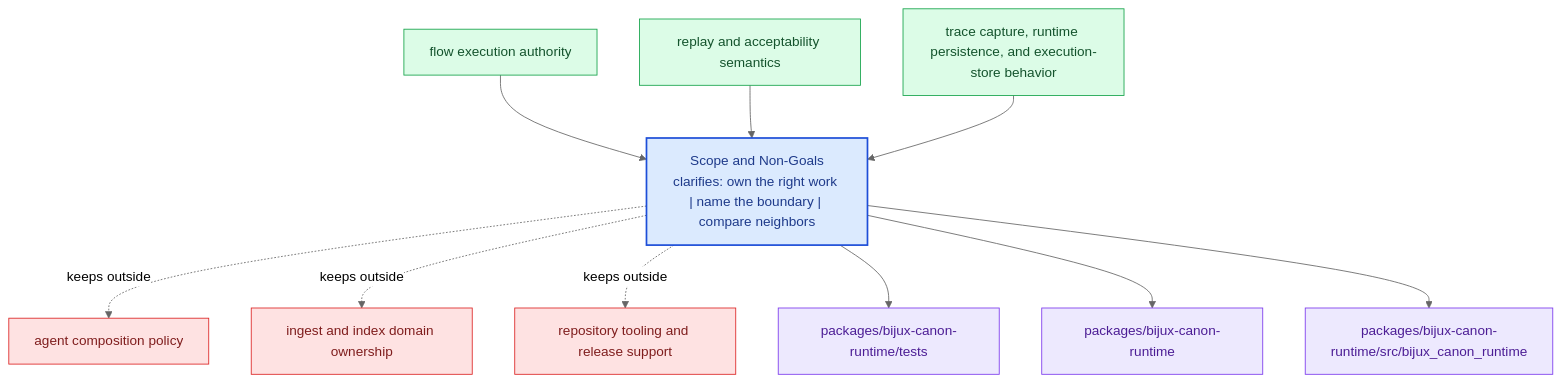
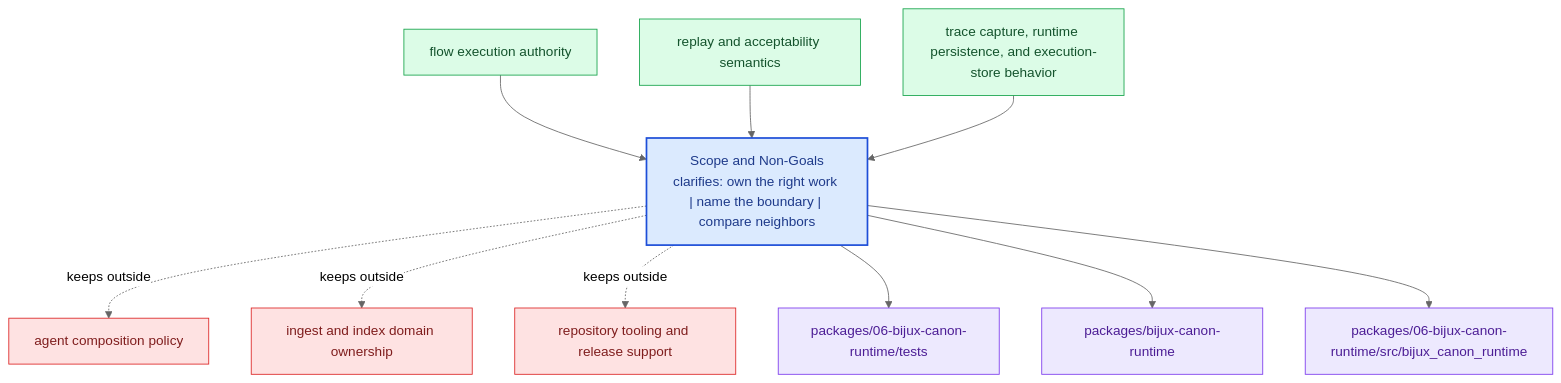
The diagram in docs/06-bijux-canon-runtime/foundation/scope-and-non-goals.md (bijux/bijux-canon), drawn with Mermaid (neutral theme) before and after one commit. The commit also changed other lines of this file and 167 other files, not shown here.

````diff
--- a/docs/06-bijux-canon-runtime/foundation/scope-and-non-goals.md
+++ b/docs/06-bijux-canon-runtime/foundation/scope-and-non-goals.md
@@ -24,31 +24,31 @@
 ```mermaid
 flowchart TB
     page["Scope and Non-Goals<br/>clarifies: own the right work | name the boundary | compare neighbors"]
     classDef page fill:#dbeafe,stroke:#1d4ed8,color:#1e3a8a,stroke-width:2px;
     classDef positive fill:#dcfce7,stroke:#16a34a,color:#14532d;
     classDef caution fill:#fee2e2,stroke:#dc2626,color:#7f1d1d;
     classDef anchor fill:#ede9fe,stroke:#7c3aed,color:#4c1d95;
     classDef action fill:#fef3c7,stroke:#d97706,color:#7c2d12;
     own1["flow execution authority"]
     own1 --> page
     own2["replay and acceptability semantics"]
     own2 --> page
     own3["trace capture, runtime persistence, and execution-store behavior"]
     own3 --> page
     limit1["agent composition policy"]
     page -.keeps outside.-> limit1
     limit2["ingest and index domain ownership"]
     page -.keeps outside.-> limit2
     limit3["repository tooling and release support"]
     page -.keeps outside.-> limit3
-    anchor1["packages/bijux-canon-runtime/tests"]
+    anchor1["packages/06-bijux-canon-runtime/tests"]
     page --> anchor1
     anchor2["packages/bijux-canon-runtime"]
     page --> anchor2
-    anchor3["packages/bijux-canon-runtime/src/bijux_canon_runtime"]
+    anchor3["packages/06-bijux-canon-runtime/src/bijux_canon_runtime"]
     page --> anchor3
     class page page;
     class own1,own2,own3 positive;
     class limit1,limit2,limit3 caution;
     class anchor1,anchor2,anchor3 anchor;
 ```
````
